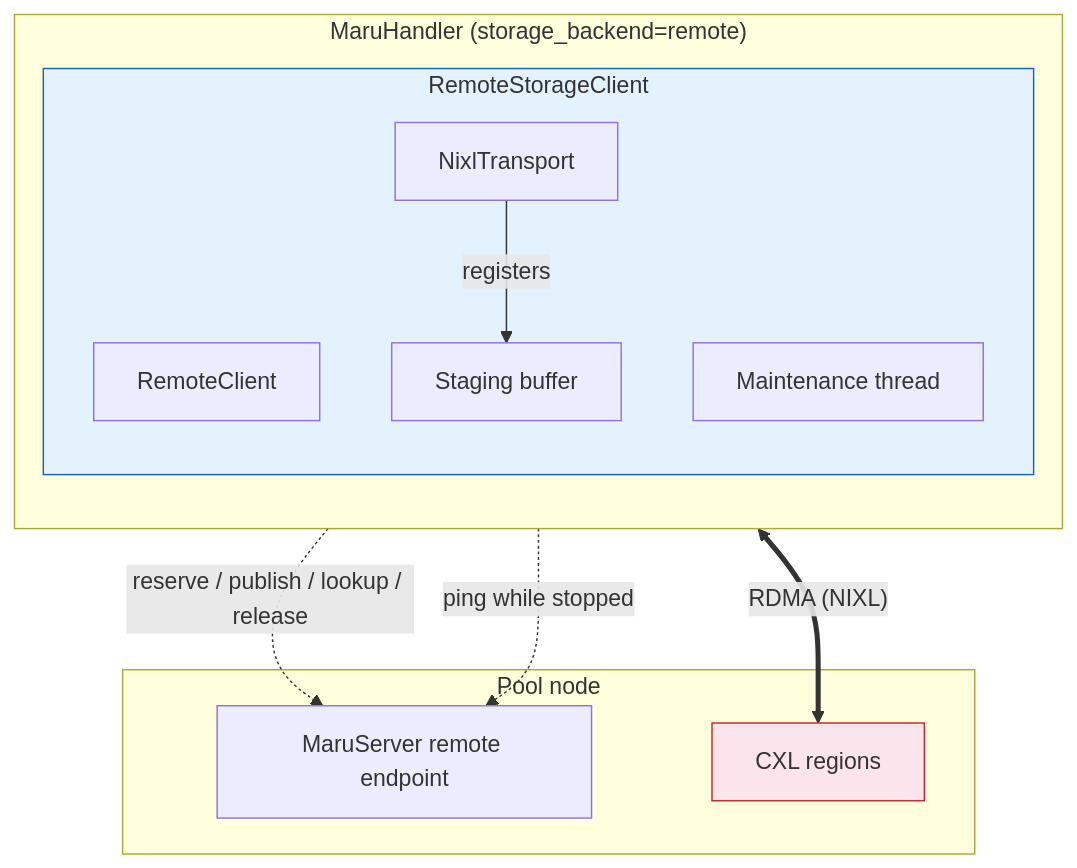
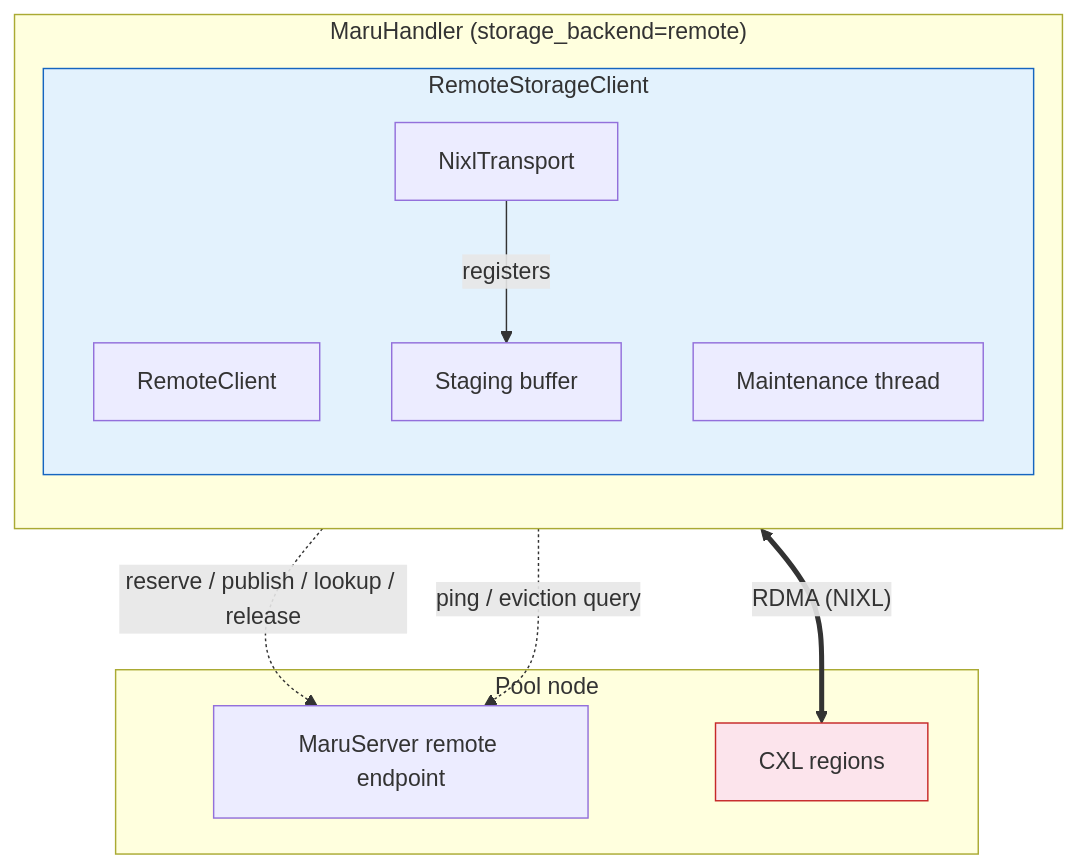
The seventh of 7 diagrams in docs/source/design_doc/maru_handler.md (xcena-dev/maru), drawn with Mermaid before and after one commit. The commit also changed other lines of this file and 11 other files, not shown here.

````diff
--- a/docs/source/design_doc/maru_handler.md
+++ b/docs/source/design_doc/maru_handler.md
@@ -238,24 +238,24 @@
 ```mermaid
 graph TB
     subgraph MaruHandler["MaruHandler (storage_backend=remote)"]
         direction TB
         subgraph RSC["RemoteStorageClient"]
             RC["RemoteClient"]
             NT["NixlTransport"]
             SB["Staging buffer"]
             MT["Maintenance thread"]
         end
     end
     subgraph Pool["Pool node"]
         EP["MaruServer remote endpoint"]
         CXL["CXL regions"]
     end
 
     RC -.->|"reserve / publish / lookup / release"| EP
-    MT -.->|"ping while stopped"| EP
+    MT -.->|"ping / eviction query"| EP
     NT -->|"registers"| SB
     SB <==>|"RDMA (NIXL)"| CXL
 
     style RSC fill:#e3f2fd,stroke:#1565c0
     style CXL fill:#fce4ec,stroke:#c62828
 ```
````
